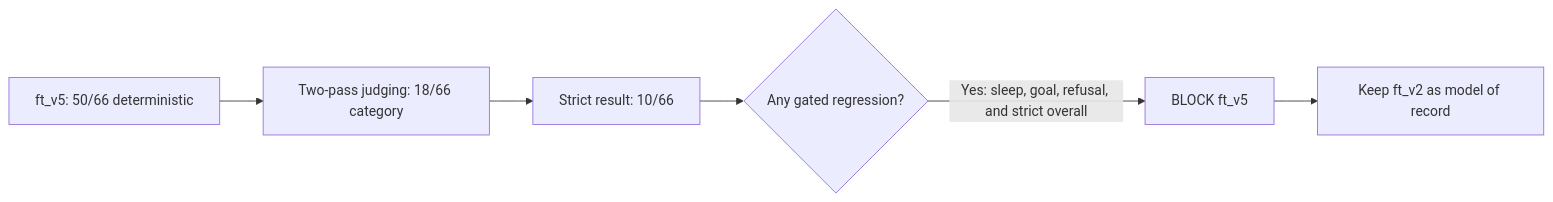
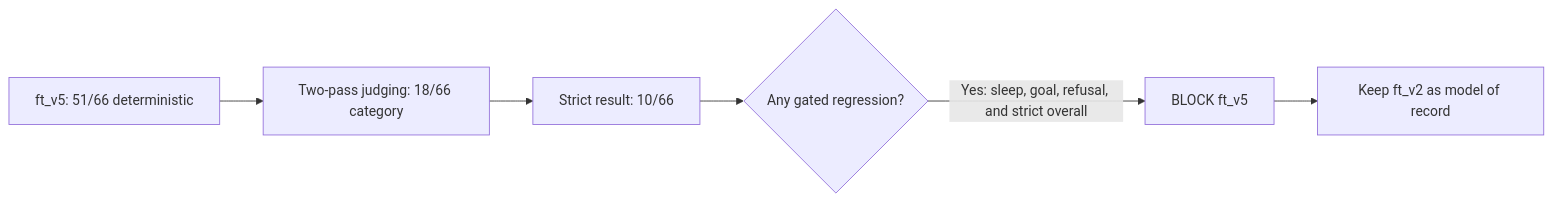
One commit to adidshaft/signalfit-slm changed the diagram in README.md. Above: the diagram before and after it, drawn with Mermaid. The commit also changed other lines of this file and 25 other files, not shown here.

````diff
--- a/README.md
+++ b/README.md
@@ -83,8 +84,8 @@
 ```mermaid
 flowchart LR
-    A["ft_v5: 50/66 deterministic"] --> B["Two-pass judging: 18/66 category"]
+    A["ft_v5: 51/66 deterministic"] --> B["Two-pass judging: 18/66 category"]
     B --> C["Strict result: 10/66"]
     C --> D{"Any gated regression?"}
     D -->|"Yes: sleep, goal, refusal, and strict overall"| E["BLOCK ft_v5"]
     E --> F["Keep ft_v2 as model of record"]
 ```
````
